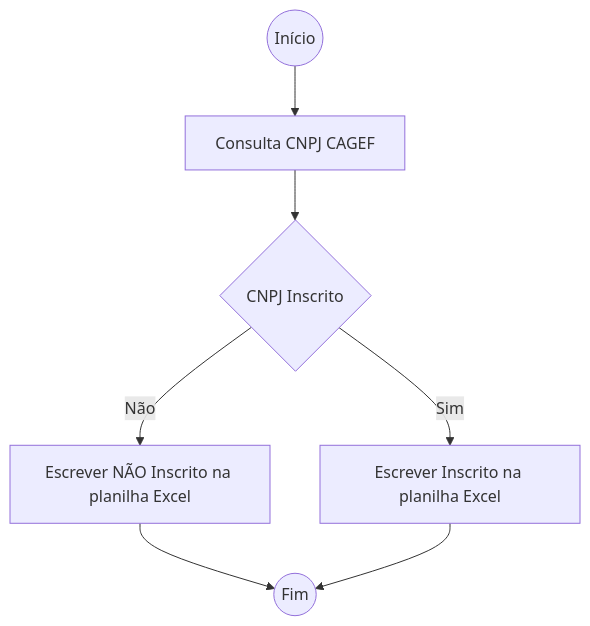
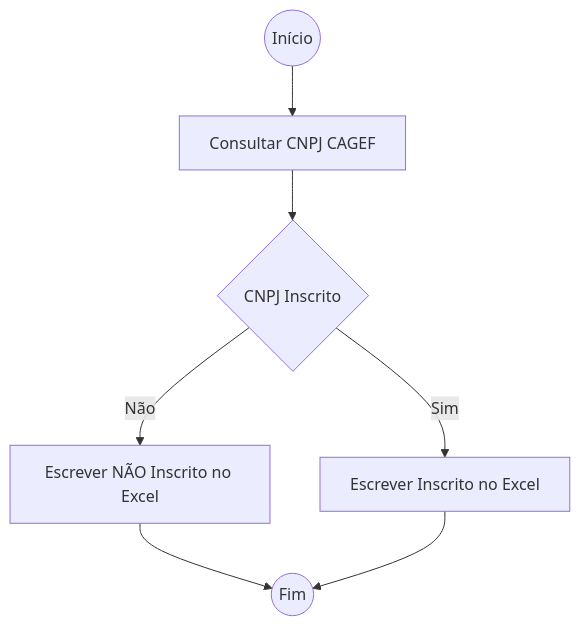
The third of 5 diagrams in docs/blog/posts/20231122_power_automate_ciclo_basico/index.md (lab-mg/automatizacoes), drawn with Mermaid before and after one commit. The commit also changed other lines of this file, not shown here.

````diff
--- a/docs/blog/posts/20231122_power_automate_ciclo_basico/index.md
+++ b/docs/blog/posts/20231122_power_automate_ciclo_basico/index.md
@@ -120,11 +121,11 @@
 ```mermaid
 flowchart TD
     1((Início)) --> 2
-    2[Consulta CNPJ CAGEF] --> 3
+    2[Consultar CNPJ CAGEF] --> 3
     3{CNPJ Inscrito}
     3-->|Não|4
     3-->|Sim|5
-    4[Escrever NÃO Inscrito na planilha Excel] --> 6
-    5[Escrever Inscrito na planilha Excel] --> 6
+    4[Escrever NÃO Inscrito no Excel] --> 6
+    5[Escrever Inscrito no Excel] --> 6
     6((Fim))
 ```
````
